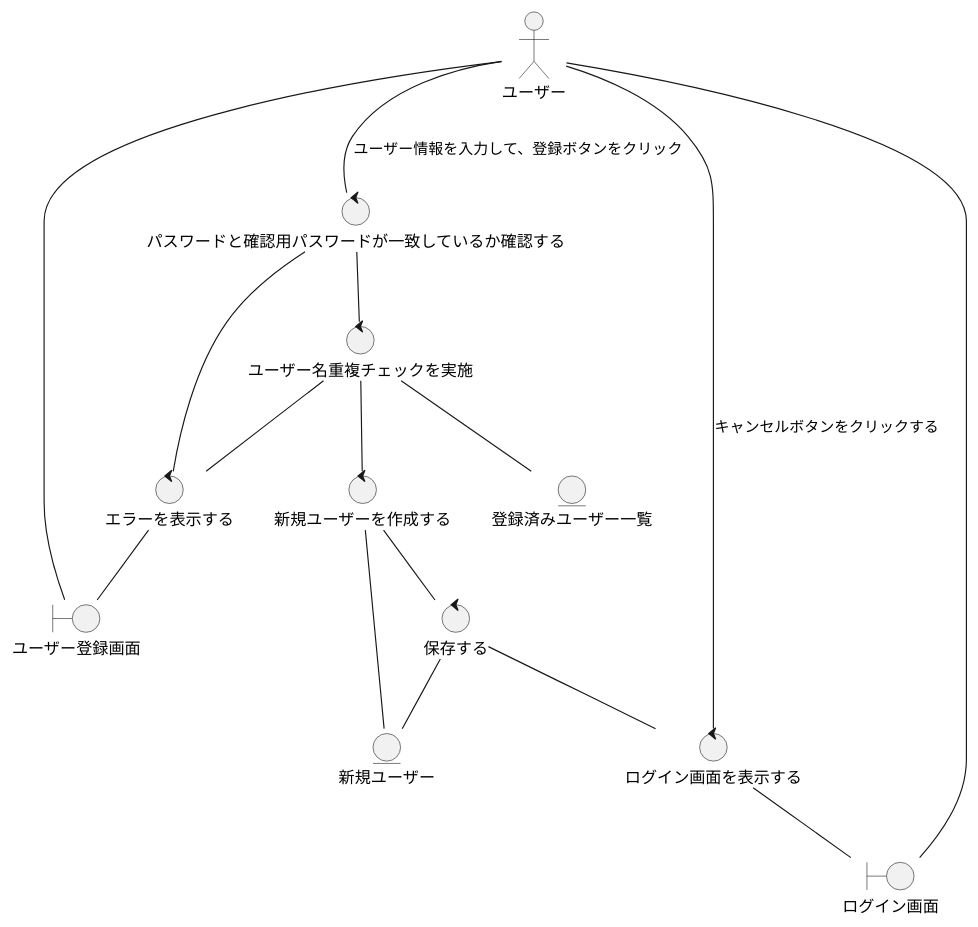
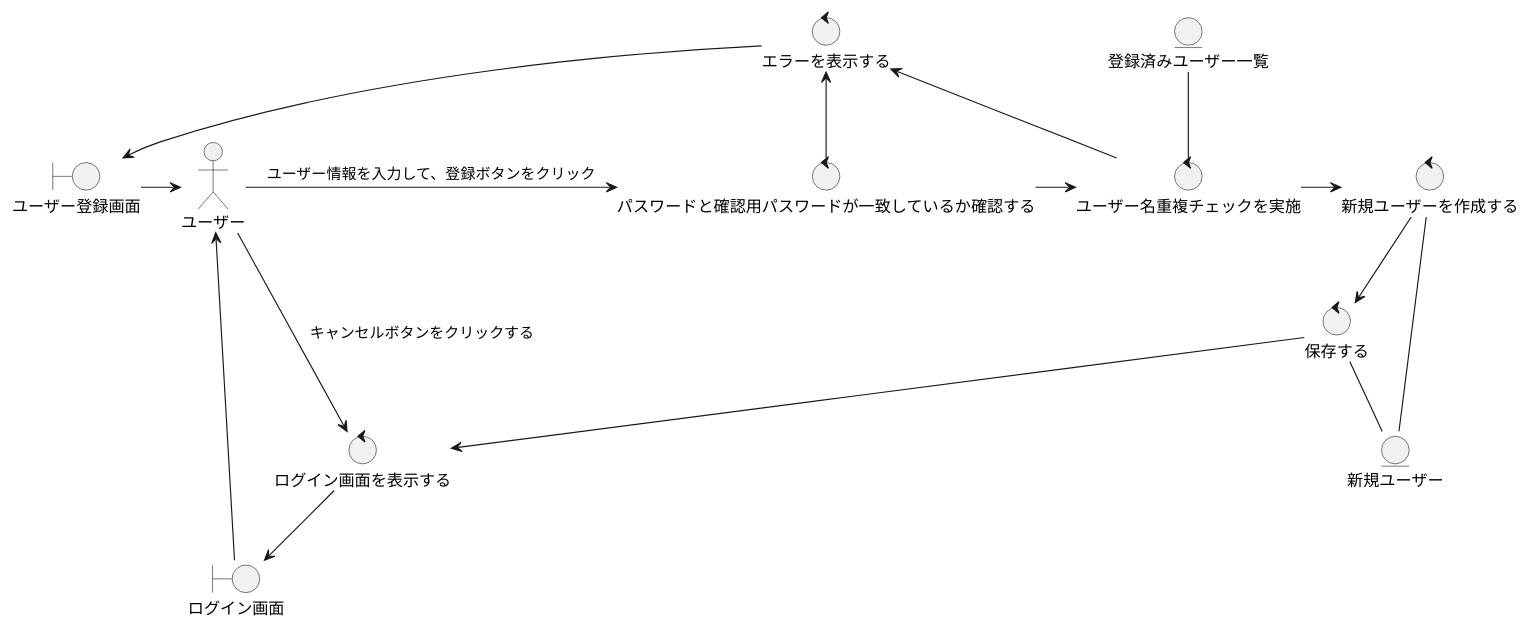
The diagram in docs/ロバストネス図/ユーザー登録する(ロバストネス図).puml (CSTSCSTS/UserAp), drawn with PlantUML before and after one commit. The commit also changed 1 other file, not shown here.

Commit message:
ロバストネス図・ユースケースを修正

```diff
--- a/docs/ロバストネス図/ユーザー登録する(ロバストネス図).puml
+++ b/docs/ロバストネス図/ユーザー登録する(ロバストネス図).puml
@@ -1,41 +1,40 @@
 @startuml
 
 actor ユーザー
 
 boundary ログイン画面
 boundary ユーザー登録画面
 control パスワードと確認用パスワードが一致しているか確認する
 control ユーザー名重複チェックを実施
 control エラーを表示する
 control 新規ユーザーを作成する
 control 保存する
 control エラーを表示する
 control ログイン画面を表示する
 entity 登録済みユーザー一覧
 entity 新規ユーザー
 
 '基本コース
-ユーザー登録画面 -- ユーザー
-ユーザー -- パスワードと確認用パスワードが一致しているか確認する: ユーザー情報を入力して、登録ボタンをクリック
-パスワードと確認用パスワードが一致しているか確認する -- ユーザー名重複チェックを実施
-ユーザー名重複チェックを実施 -- 新規ユーザーを作成する
-新規ユーザーを作成する -- 保存する
-保存する -- ログイン画面を表示する
-ログイン画面を表示する -- ログイン画面
+ユーザー登録画面 -right-> ユーザー
+ユーザー -right-> パスワードと確認用パスワードが一致しているか確認する: ユーザー情報を入力して、登録ボタンをクリック
+パスワードと確認用パスワードが一致しているか確認する -right-> ユーザー名重複チェックを実施
+ユーザー名重複チェックを実施 -right-> 新規ユーザーを作成する
+新規ユーザーを作成する -down-> 保存する
+保存する -down-> ログイン画面を表示する
+ログイン画面を表示する -down-> ログイン画面
 
-ユーザー名重複チェックを実施 -- 登録済みユーザー一覧
+ユーザー名重複チェックを実施 -up- 登録済みユーザー一覧
 新規ユーザーを作成する -- 新規ユーザー
 保存する -- 新規ユーザー
 
 '代替コース
-ユーザー -- ログイン画面を表示する: キャンセルボタンをクリックする
-ログイン画面 -- ユーザー
+ユーザー -down-> ログイン画面を表示する: キャンセルボタンをクリックする
+ログイン画面 -left-> ユーザー
 
-パスワードと確認用パスワードが一致しているか確認する -- エラーを表示する
+パスワードと確認用パスワードが一致しているか確認する -up-> エラーを表示する
 
-ユーザー名重複チェックを実施 -- エラーを表示する
-エラーを表示する -- ユーザー登録画面
-
+ユーザー名重複チェックを実施 -up-> エラーを表示する
+エラーを表示する --> ユーザー登録画面
 
 
 @enduml
```
